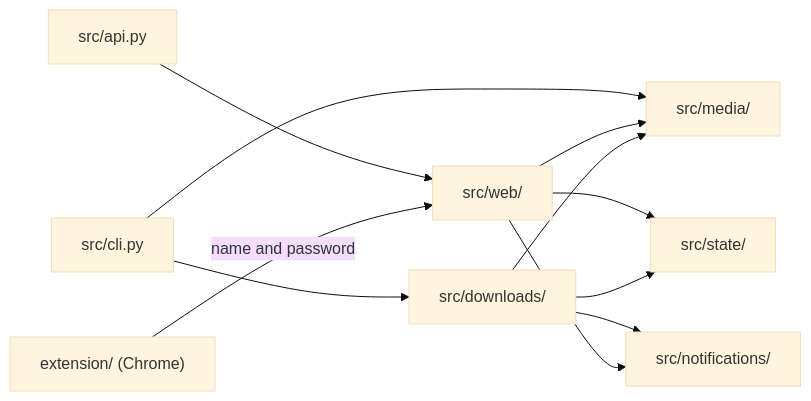
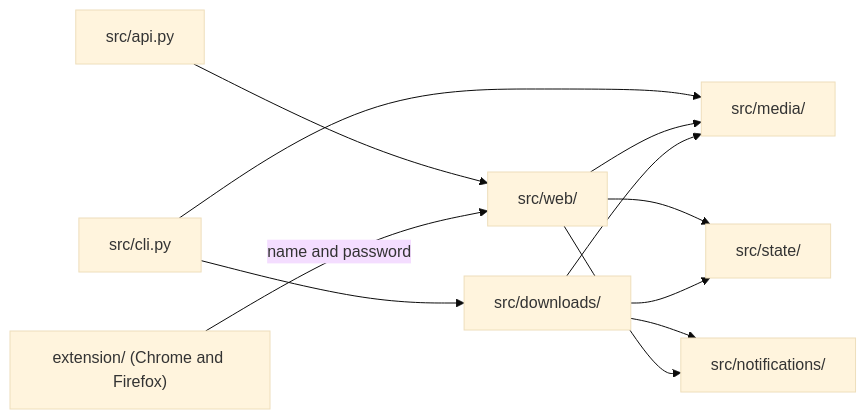
Before and after one commit to GerardWu100/podcast-downloader: the diagram in docs/architecture.md, drawn with Mermaid (base theme). The commit also changed other lines of this file and 31 other files, not shown here.

````diff
--- a/docs/architecture.md
+++ b/docs/architecture.md
@@ -10,13 +10,13 @@
 ```mermaid
 flowchart LR
     API["src/api.py"] --> Web["src/web/"]
-    Extension["extension/ (Chrome)"] -->|"name and password"| Web
+    Extension["extension/ (Chrome and Firefox)"] -->|"name and password"| Web
     CLI["src/cli.py"] --> Downloads["src/downloads/"]
     CLI --> Media["src/media/"]
     Web --> Media
     Web --> State["src/state/"]
     Downloads --> Media
     Downloads --> State
     Downloads --> Notify["src/notifications/"]
     Web --> Notify
 ```
````
